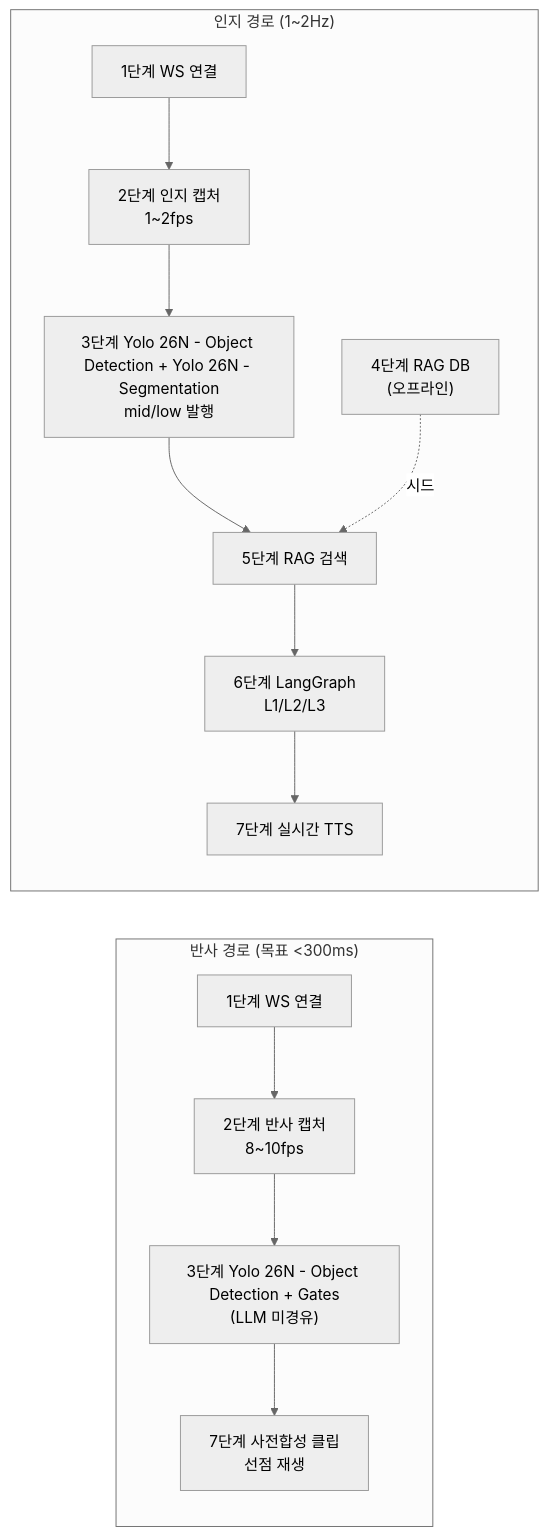
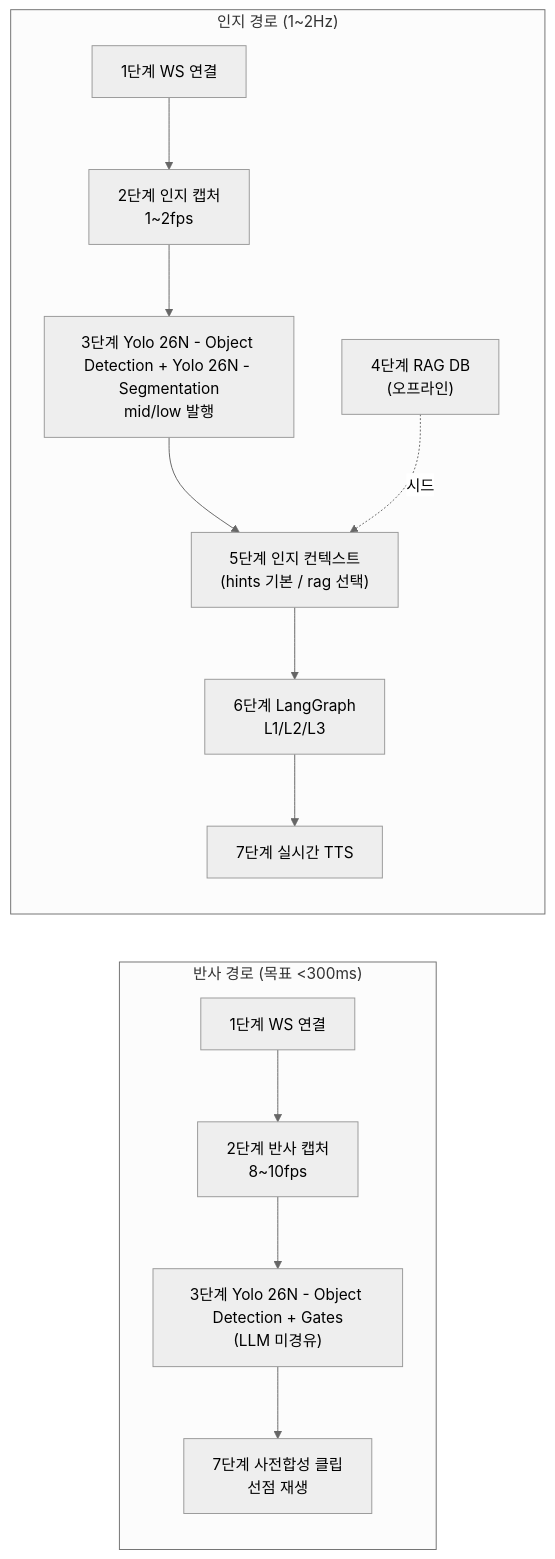
The diagram in docs/design/pipeline_stage_design.md (Groog-sudo/Minchodan), drawn with Mermaid (neutral theme) before and after one commit. The commit also changed other lines of this file and 12 other files, not shown here.

Commit message:
fix(콘솔·단말): Detection Guidance Log 목록 썸네일 bbox 오버레이·반사/노면 로그 bbox 저장, realtime_gps를 WS connected 후 즉시 전송해 콘솔 GPS HUD 고착 해소, architecture/api/pipeline 문서 동기화.

````diff
--- a/docs/design/pipeline_stage_design.md
+++ b/docs/design/pipeline_stage_design.md
@@ -18,23 +18,23 @@
 ```mermaid
 graph LR
     subgraph Reflex ["반사 경로 (목표 <300ms)"]
         R1["1단계 WS 연결"]
         R2["2단계 반사 캡처<br/>8~10fps"]
         R3["3단계 Yolo 26N - Object Detection + Gates<br/>(LLM 미경유)"]
         R7a["7단계 사전합성 클립<br/>선점 재생"]
         R1 --> R2 --> R3 --> R7a
     end
 
     subgraph Cognitive ["인지 경로 (1~2Hz)"]
         C1["1단계 WS 연결"]
         C2["2단계 인지 캡처<br/>1~2fps"]
         C3["3단계 Yolo 26N - Object Detection + Yolo 26N - Segmentation<br/>mid/low 발행"]
         C4["4단계 RAG DB<br/>(오프라인)"]
-        C5["5단계 RAG 검색"]
+        C5["5단계 인지 컨텍스트<br/>(hints 기본 / rag 선택)"]
         C6["6단계 LangGraph<br/>L1/L2/L3"]
         C7b["7단계 실시간 TTS"]
         C1 --> C2 --> C3 --> C5
         C4 -.->|"시드"| C5
         C5 --> C6 --> C7b
     end
 ```
````
